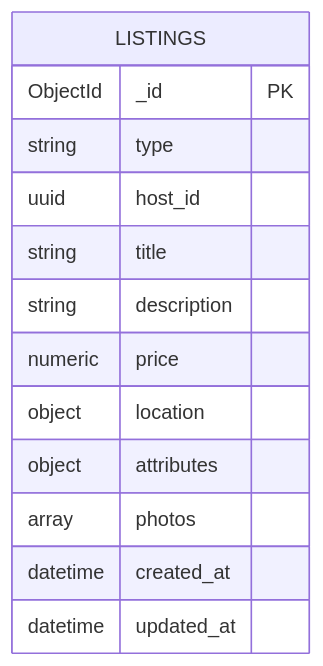
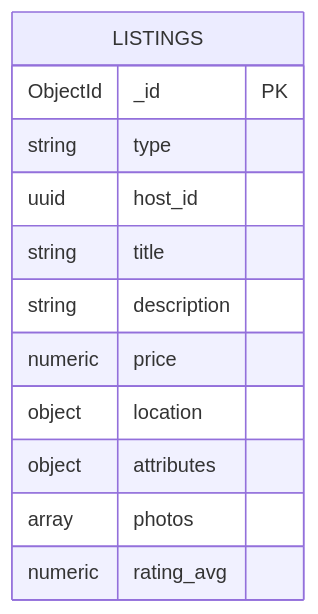
Before and after one commit to agustisera1/bookings_app: the second of 6 diagrams in docs/PROYECTO_B_MARKETPLACE.md, drawn with Mermaid. The commit also changed other lines of this file, not shown here.

Commit message:
docs: update project roadmap

````diff
--- a/docs/PROYECTO_B_MARKETPLACE.md
+++ b/docs/PROYECTO_B_MARKETPLACE.md
@@ -120,16 +137,15 @@
 ```mermaid
 erDiagram
   LISTINGS {
     ObjectId _id PK
     string type
     uuid host_id
     string title
     string description
     numeric price
     object location
     object attributes
     array photos
-    datetime created_at
-    datetime updated_at
+    numeric rating_avg
   }
 ```
````
